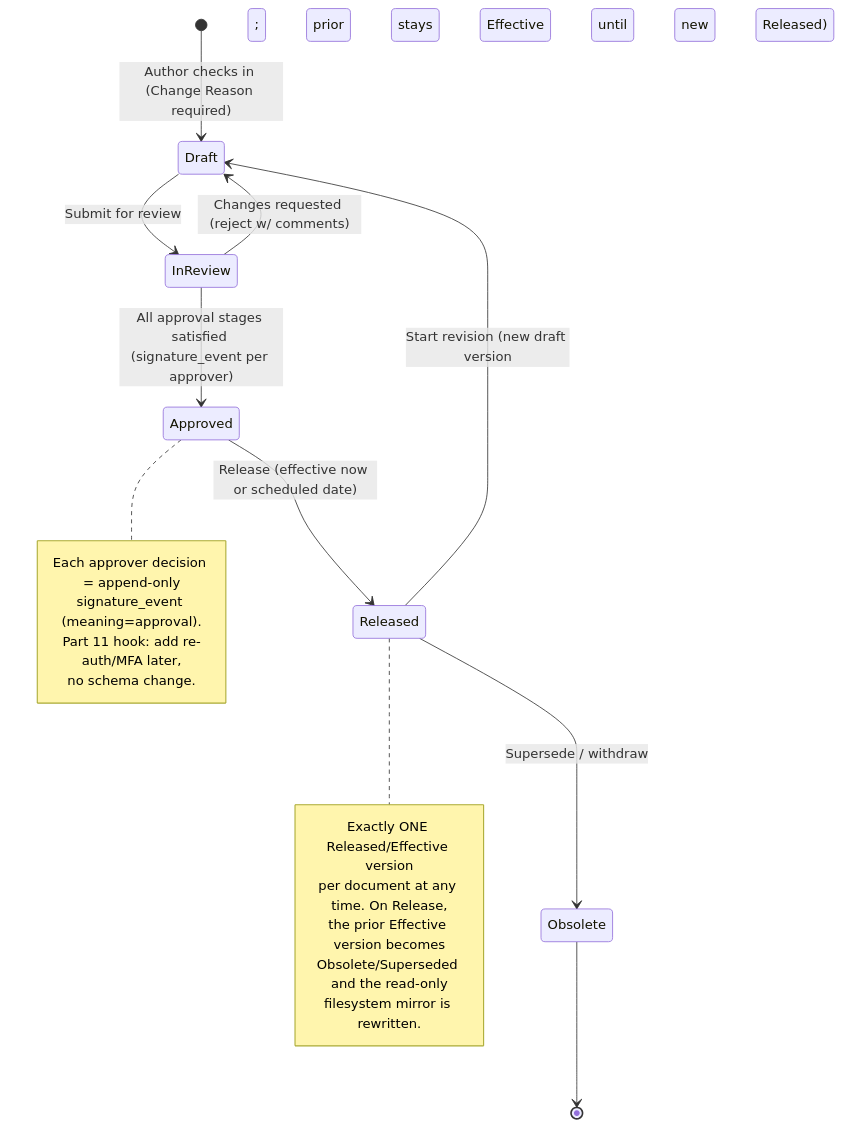
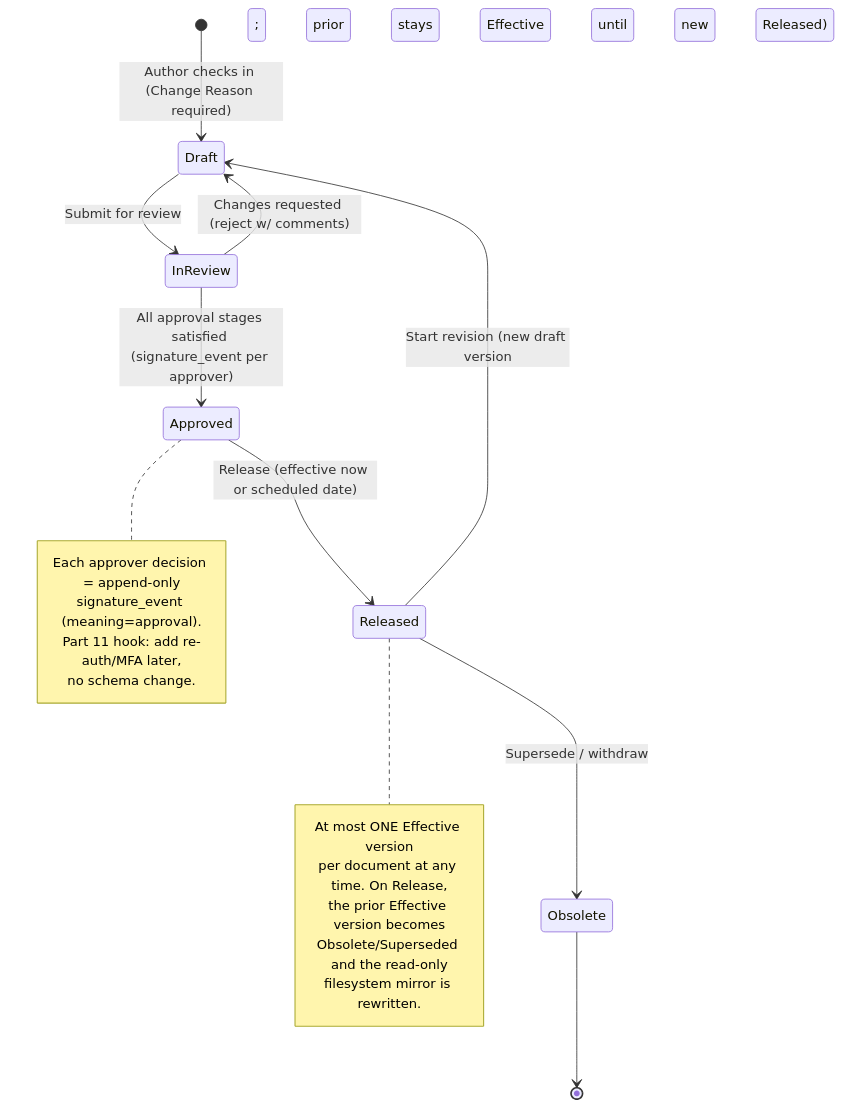
One commit to CoJoA13/EasySynQ changed the third of 8 diagrams in docs/10-workflows-and-notifications.md. Above: the diagram before and after it, drawn with Mermaid. The commit also changed other lines of this file and 43 other files, not shown here.

````diff
--- a/docs/10-workflows-and-notifications.md
+++ b/docs/10-workflows-and-notifications.md
@@ -178,24 +183,24 @@
 ```mermaid
 stateDiagram-v2
     [*] --> Draft: Author checks in (Change Reason required)
     Draft --> InReview: Submit for review
     InReview --> Draft: Changes requested (reject w/ comments)
     InReview --> Approved: All approval stages satisfied (signature_event per approver)
     Approved --> Released: Release (effective now or scheduled date)
     Released --> Draft: Start revision (new draft version; prior stays Effective until new Released)
     Released --> Obsolete: Supersede / withdraw
     Obsolete --> [*]
     note right of Approved
       Each approver decision = append-only
       signature_event (meaning=approval).
       Part 11 hook: add re-auth/MFA later,
       no schema change.
     end note
     note right of Released
-      Exactly ONE Released/Effective version
+      At most ONE Effective version
       per document at any time. On Release,
       the prior Effective version becomes
       Obsolete/Superseded and the read-only
       filesystem mirror is rewritten.
     end note
 ```
````
